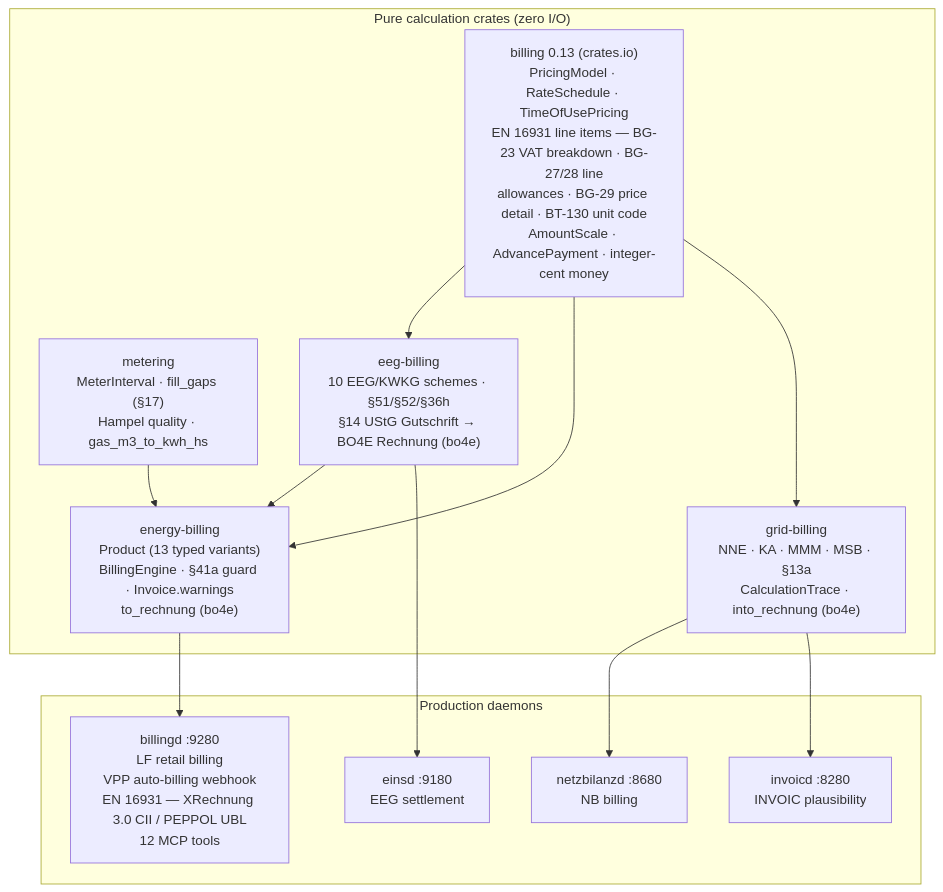
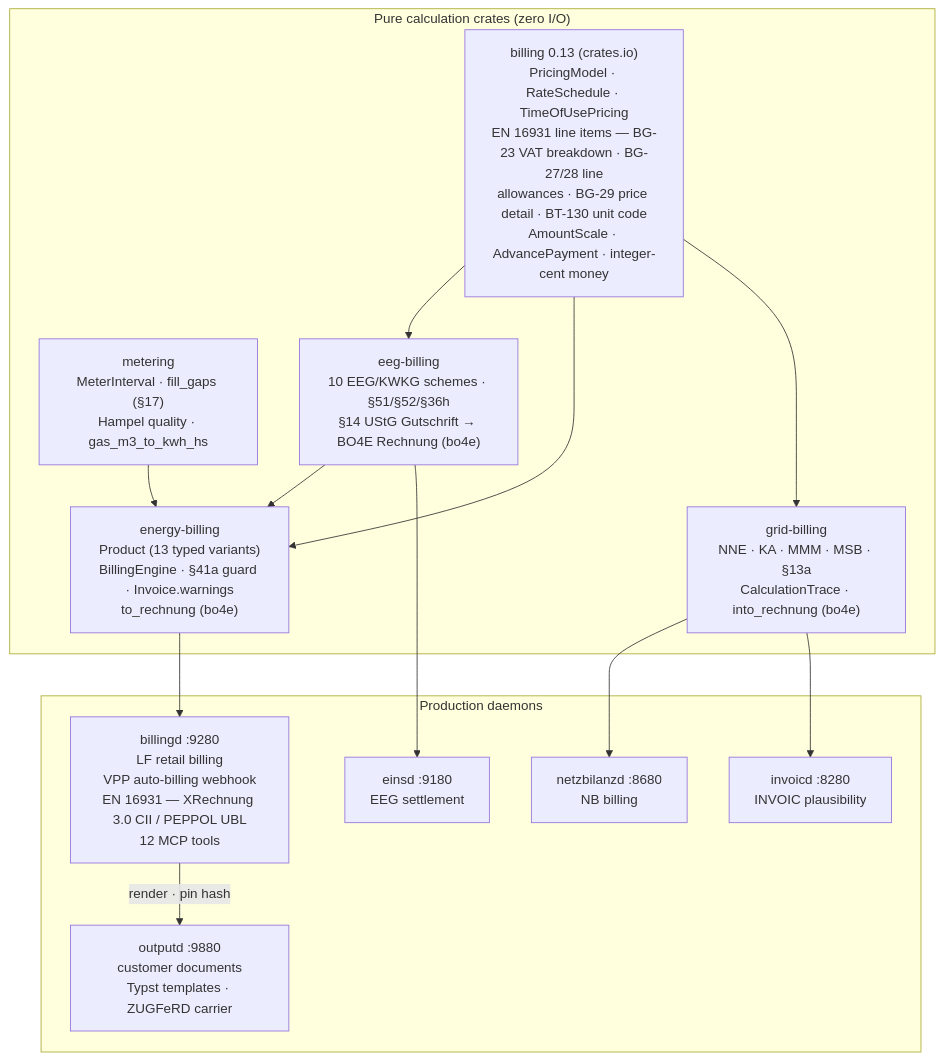
The third of 5 diagrams in site/content/docs/architecture/_index.md (hupe1980/mako), drawn with Mermaid before and after one commit. The commit also changed other lines of this file and 101 other files, not shown here.

````diff
--- a/site/content/docs/architecture/_index.md
+++ b/site/content/docs/architecture/_index.md
@@ -121,27 +121,29 @@
 ```mermaid
 graph TD
     subgraph pure ["Pure calculation crates (zero I/O)"]
         billing["billing 0.13 (crates.io)<br/>PricingModel · RateSchedule · TimeOfUsePricing<br/>EN 16931 line items — BG-23 VAT breakdown · BG-27/28 line<br/>allowances · BG-29 price detail · BT-130 unit code<br/>AmountScale · AdvancePayment · integer-cent money"]
         metering["metering<br/>MeterInterval · fill_gaps (§17)<br/>Hampel quality · gas_m3_to_kwh_hs"]
         eeg["eeg-billing<br/>10 EEG/KWKG schemes · §51/§52/§36h<br/>§14 UStG Gutschrift → BO4E Rechnung (bo4e)"]
         grid["grid-billing<br/>NNE · KA · MMM · MSB · §13a<br/>CalculationTrace · into_rechnung (bo4e)"]
         energy["energy-billing<br/>Product (13 typed variants)<br/>BillingEngine · §41a guard · Invoice.warnings<br/>to_rechnung (bo4e)"]
     end
 
     subgraph daemons ["Production daemons"]
         netzbilanzd["netzbilanzd :8680<br/>NB billing"]
         einsd["einsd :9180<br/>EEG settlement"]
         billingd["billingd :9280<br/>LF retail billing<br/>VPP auto-billing webhook<br/>EN 16931 — XRechnung 3.0 CII / PEPPOL UBL<br/>12 MCP tools"]
+        outputd["outputd :9880<br/>customer documents<br/>Typst templates · ZUGFeRD carrier"]
         invoicd["invoicd :8280<br/>INVOIC plausibility"]
     end
 
     billing --> eeg
     billing --> energy
     billing --> grid
     metering --> energy
     eeg --> energy
     eeg --> einsd
     grid --> netzbilanzd
     grid --> invoicd
     energy --> billingd
+    billingd -->|render · pin hash| outputd
 ```
````
